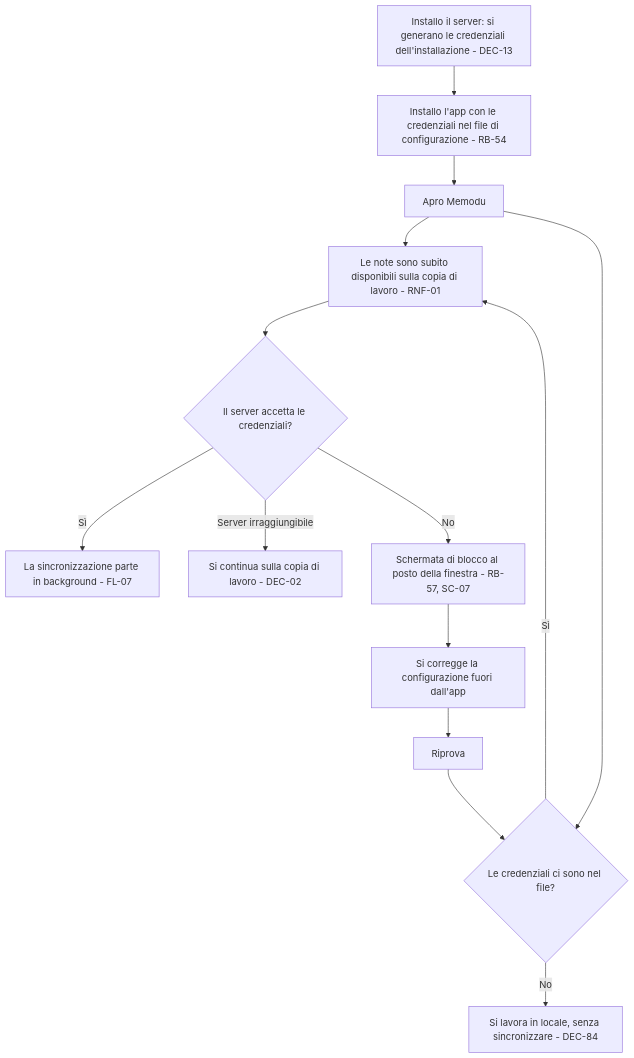
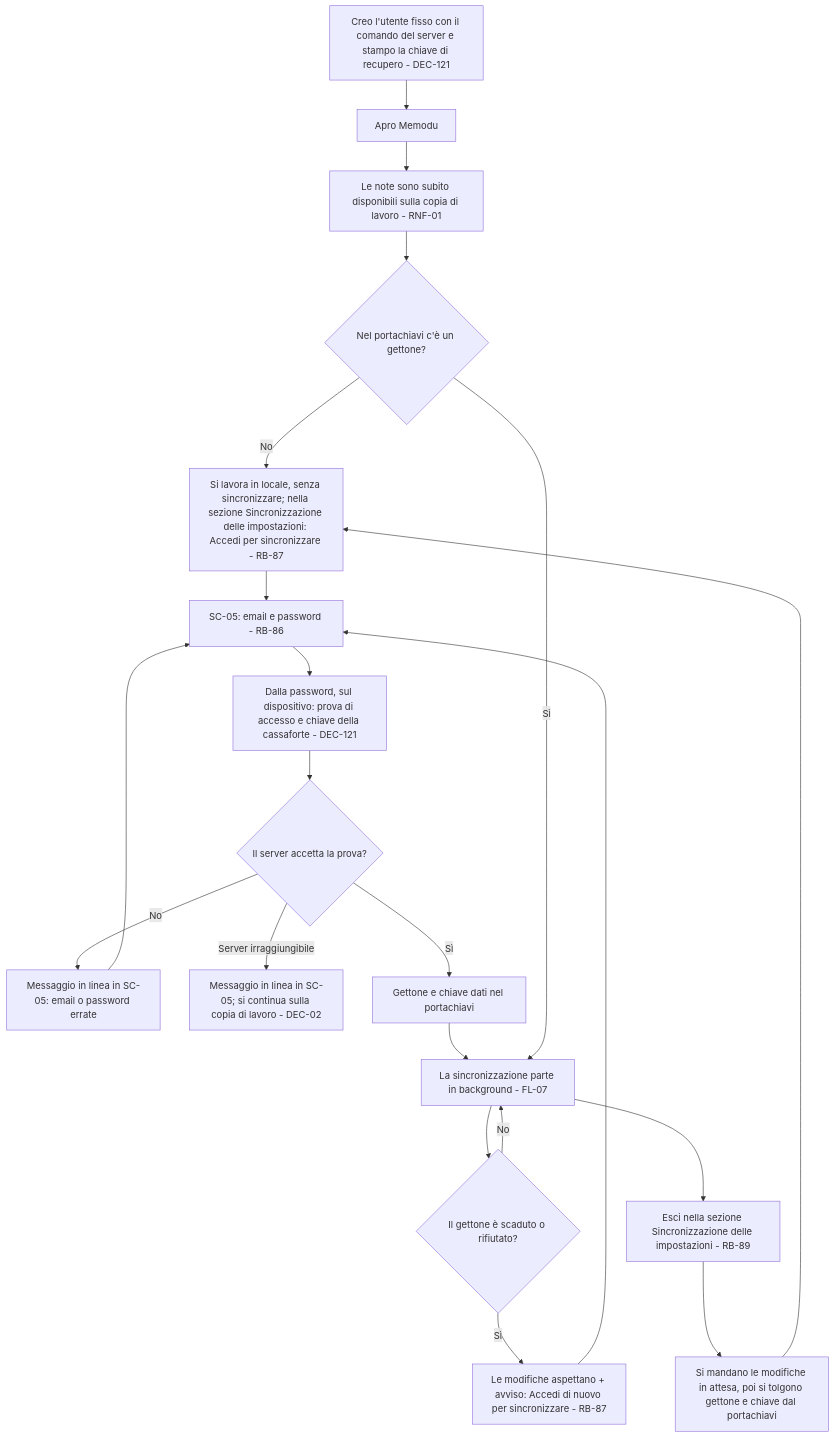
The second of 2 diagrams in docs/moduli/sincronizzazione/2-flussi.md (Helmutsti/MemoDu), drawn with Mermaid before and after one commit. The commit also changed other lines of this file and 24 other files, not shown here.

First line of the commit message:
DEC-121: accesso con email e password e cifratura end-to-end, documenti aggiornati

````diff
--- a/docs/moduli/sincronizzazione/2-flussi.md
+++ b/docs/moduli/sincronizzazione/2-flussi.md
@@ -66,16 +67,23 @@
 ```mermaid
 flowchart TD
-    A[Installo il server: si generano le credenziali dell'installazione - DEC-13] --> B[Installo l'app con le credenziali nel file di configurazione - RB-54]
-    B --> C[Apro Memodu]
+    A[Creo l'utente fisso con il comando del server e stampo la chiave di recupero - DEC-121] --> C[Apro Memodu]
     C --> D[Le note sono subito disponibili sulla copia di lavoro - RNF-01]
-    C --> M{Le credenziali ci sono nel file?}
-    M -- No --> L[Si lavora in locale, senza sincronizzare - DEC-84]
-    M -- Sì --> D
-    D --> E{Il server accetta le credenziali?}
-    E -- Sì --> F[La sincronizzazione parte in background - FL-07]
-    E -- Server irraggiungibile --> R[Si continua sulla copia di lavoro - DEC-02]
-    E -- No --> G[Schermata di blocco al posto della finestra - RB-57, SC-07]
-    G --> H[Si corregge la configurazione fuori dall'app]
-    H --> I[Riprova]
-    I --> M
+    D --> M{Nel portachiavi c'è un gettone?}
+    M -- No --> L[Si lavora in locale, senza sincronizzare; nella sezione Sincronizzazione delle impostazioni: Accedi per sincronizzare - RB-87]
+    L --> S[SC-05: email e password - RB-86]
+    S --> P[Dalla password, sul dispositivo: prova di accesso e chiave della cassaforte - DEC-121]
+    P --> E{Il server accetta la prova?}
+    E -- No --> X[Messaggio in linea in SC-05: email o password errate]
+    X --> S
+    E -- Server irraggiungibile --> R[Messaggio in linea in SC-05; si continua sulla copia di lavoro - DEC-02]
+    E -- Sì --> K[Gettone e chiave dati nel portachiavi]
+    K --> F[La sincronizzazione parte in background - FL-07]
+    M -- Sì --> F
+    F --> T{Il gettone è scaduto o rifiutato?}
+    T -- No --> F
+    T -- Sì --> V[Le modifiche aspettano + avviso: Accedi di nuovo per sincronizzare - RB-87]
+    V --> S
+    F --> U[Esci nella sezione Sincronizzazione delle impostazioni - RB-89]
+    U --> W[Si mandano le modifiche in attesa, poi si tolgono gettone e chiave dal portachiavi]
+    W --> L
 ```
````
